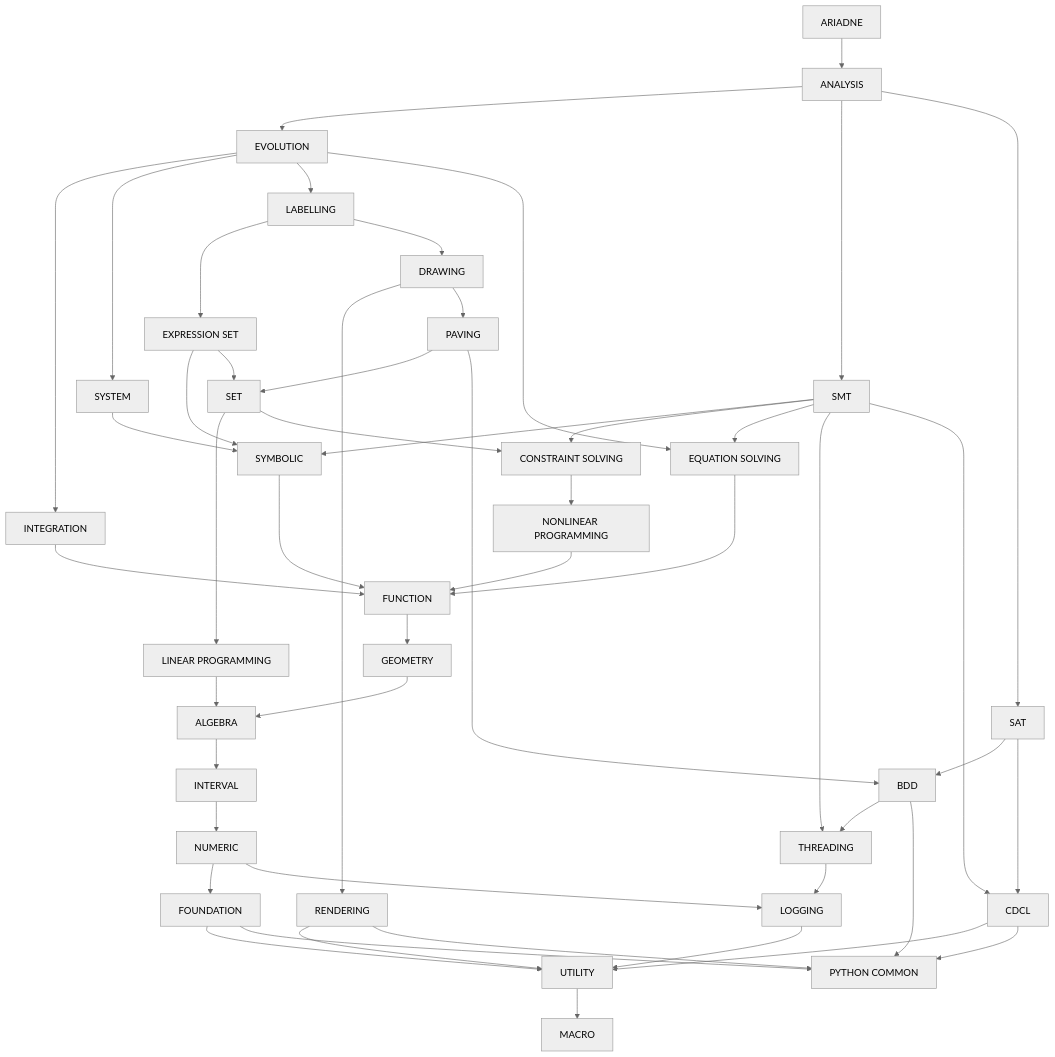
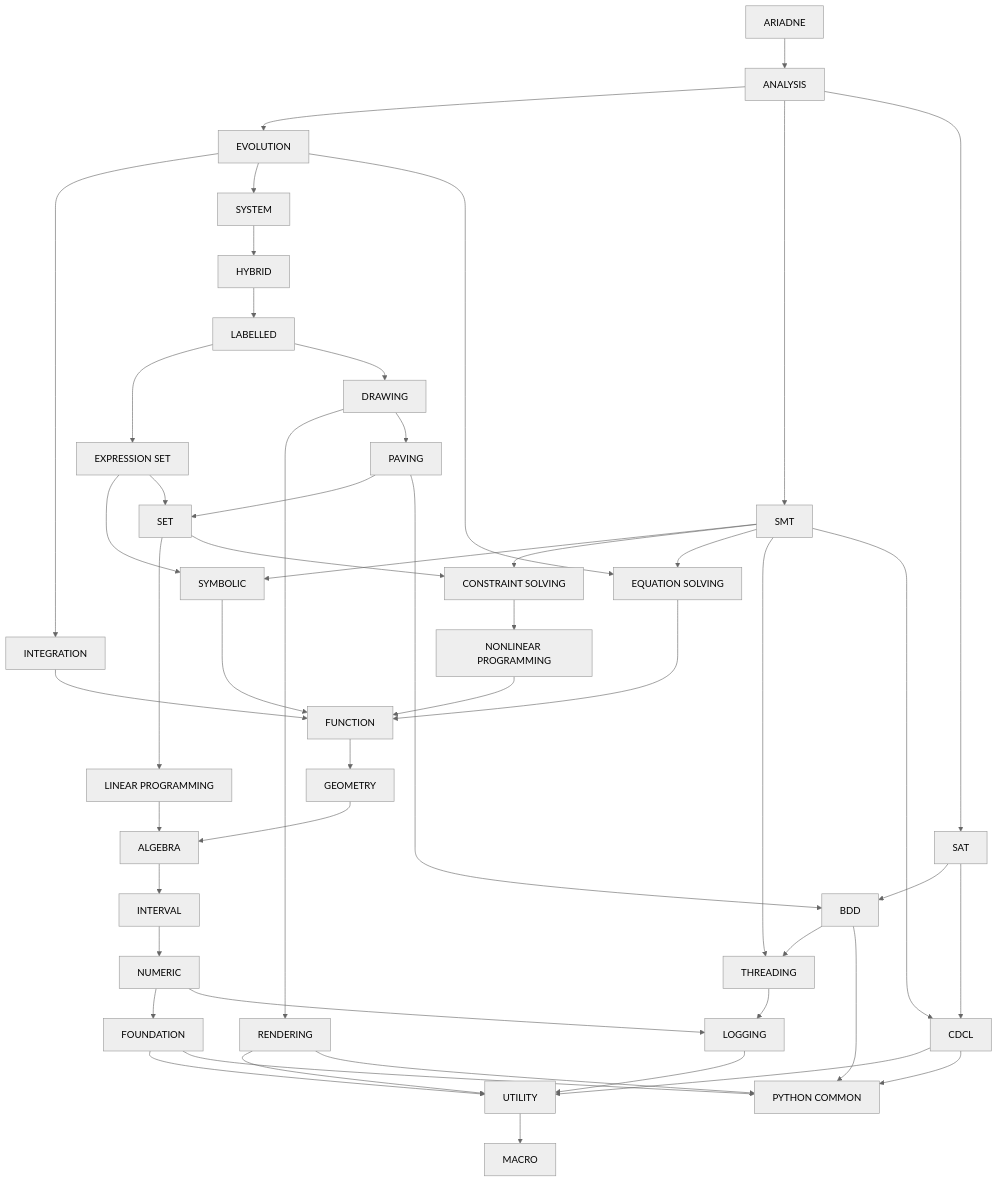
Before and after one commit to ariadne-cps/ariadne: the diagram in doc/decoupling/structure.md, drawn with Mermaid (neutral theme). The commit also changed other lines of this file, not shown here.

Commit message:
doc: rename labelling to labelled and add hybrid dependency

```diff
--- a/doc/decoupling/structure.md
+++ b/doc/decoupling/structure.md
@@ -9,7 +9,8 @@
     evolution["EVOLUTION"]
     integration["INTEGRATION"]
     system["SYSTEM"]
-    labelling["LABELLING"]
+    hybrid["HYBRID"]
+    labelled["LABELLED"]
     drawing["DRAWING"]
     expression_set["EXPRESSION SET"]
     paving["PAVING"]
@@ -42,12 +43,12 @@
     analysis --> sat
     evolution --> integration
     evolution --> system
-    evolution --> labelling
     evolution --> equation_solving
     integration --> function
-    system --> symbolic
-    labelling --> expression_set
-    labelling --> drawing
+    system --> hybrid
+    hybrid --> labelled
+    labelled --> expression_set
+    labelled --> drawing
     drawing --> rendering
     drawing --> paving
     expression_set --> symbolic
```
